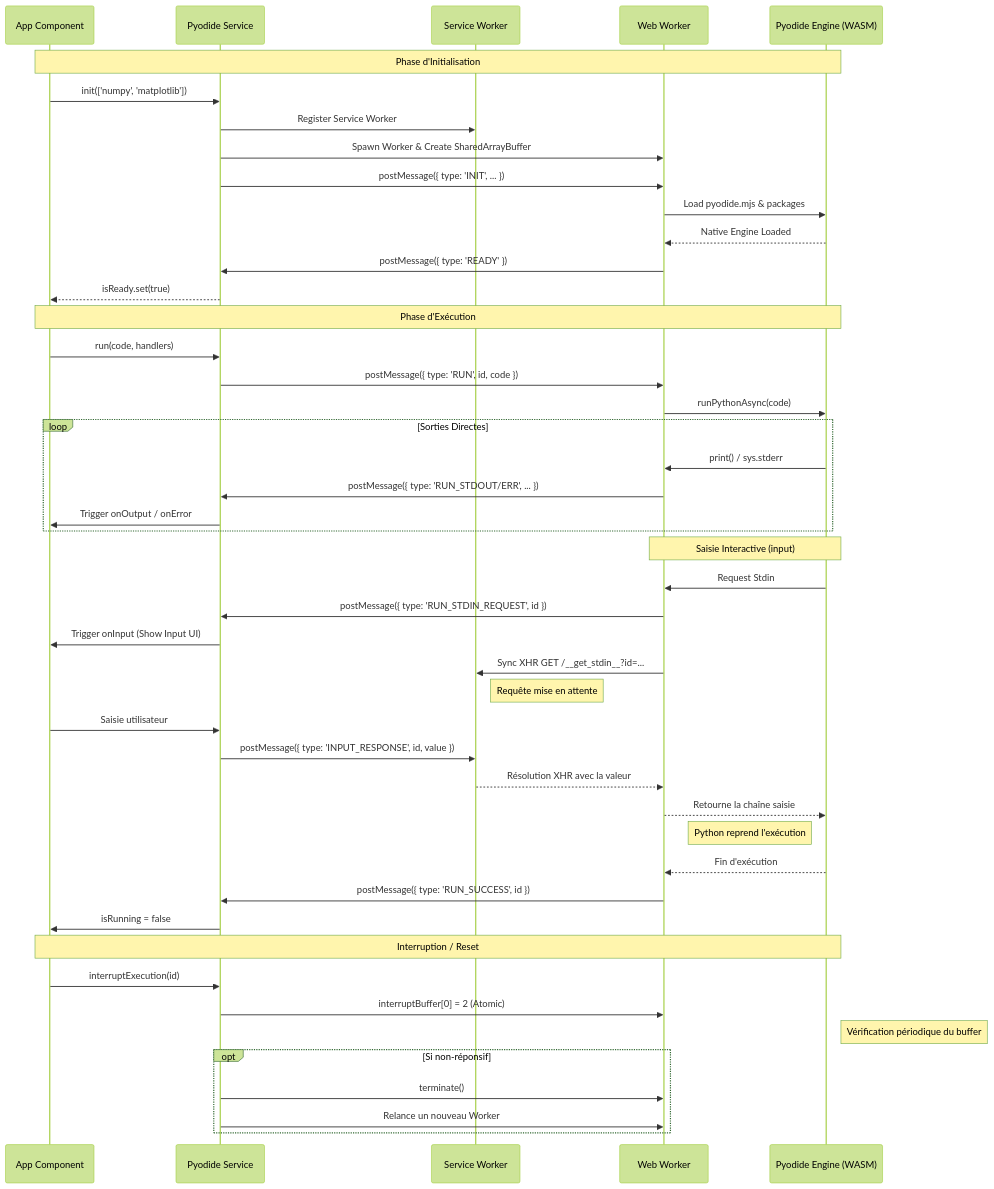
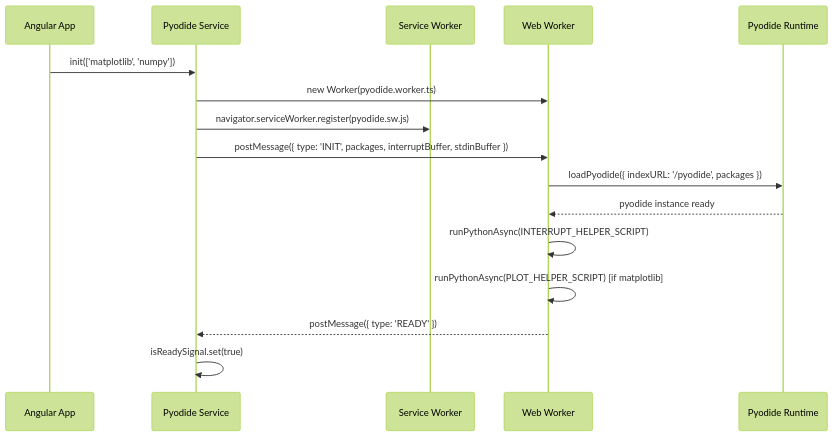
One commit to CodeClique-RobertDoisneau/frontend changed the second of 13 diagrams in src/app/shared/services/pyodide/README.md. Above: the diagram before and after it, drawn with Mermaid (forest theme). The commit also changed other lines of this file and 5 other files, not shown here.

````diff
--- a/src/app/shared/services/pyodide/README.md
+++ b/src/app/shared/services/pyodide/README.md
@@ -63,56 +53,19 @@
 ```mermaid
 sequenceDiagram
-    participant UI as App Component
-    participant SVC as Pyodide Service
+    participant App as Angular App
+    participant Svc as Pyodide Service
     participant SW as Service Worker
-    participant WK as Web Worker
-    participant PY as Pyodide Engine (WASM)
+    participant WW as Web Worker
+    participant Py as Pyodide Runtime
 
-    Note over UI, PY: Phase d'Initialisation
-    UI->>SVC: init(['numpy', 'matplotlib'])
-    SVC->>SW: Register Service Worker
-    SVC->>WK: Spawn Worker & Create SharedArrayBuffer
-    SVC->>WK: postMessage({ type: 'INIT', ... })
-    WK->>PY: Load pyodide.mjs & packages
-    PY-->>WK: Native Engine Loaded
-    WK->>SVC: postMessage({ type: 'READY' })
-    SVC-->>UI: isReady.set(true)
-
-    Note over UI, PY: Phase d'Exécution
-    UI->>SVC: run(code, handlers)
-    SVC->>WK: postMessage({ type: 'RUN', id, code })
-    WK->>PY: runPythonAsync(code)
-    
-    loop Sorties Directes
-        PY->>WK: print() / sys.stderr
-        WK->>SVC: postMessage({ type: 'RUN_STDOUT/ERR', ... })
-        SVC->>UI: Trigger onOutput / onError
-    end
-
-    Note over WK, PY: Saisie Interactive (input)
-    PY->>WK: Request Stdin
-    WK->>SVC: postMessage({ type: 'RUN_STDIN_REQUEST', id })
-    SVC->>UI: Trigger onInput (Show Input UI)
-    WK->>SW: Sync XHR GET /__get_stdin__?id=...
-    Note right of SW: Requête mise en attente
-    
-    UI->>SVC: Saisie utilisateur
-    SVC->>SW: postMessage({ type: 'INPUT_RESPONSE', id, value })
-    SW-->>WK: Résolution XHR avec la valeur
-    WK-->>PY: Retourne la chaîne saisie
-    Note left of PY: Python reprend l'exécution
-
-    PY-->>WK: Fin d'exécution
-    WK->>SVC: postMessage({ type: 'RUN_SUCCESS', id })
-    SVC->>UI: isRunning = false
-
-    Note over UI, PY: Interruption / Reset
-    UI->>SVC: interruptExecution(id)
-    SVC->>WK: interruptBuffer[0] = 2 (Atomic)
-    Note right of PY: Vérification périodique du buffer
-    
-    opt Si non-réponsif
-        SVC->>WK: terminate()
-        SVC->>WK: Relance un nouveau Worker
-    end
+    App->>Svc: init(['matplotlib', 'numpy'])
+    Svc->>WW: new Worker(pyodide.worker.ts)
+    Svc->>SW: navigator.serviceWorker.register(pyodide.sw.js)
+    Svc->>WW: postMessage({ type: 'INIT', packages, interruptBuffer, stdinBuffer })
+    WW->>Py: loadPyodide({ indexURL: '/pyodide', packages })
+    Py-->>WW: pyodide instance ready
+    WW->>WW: runPythonAsync(INTERRUPT_HELPER_SCRIPT)
+    WW->>WW: runPythonAsync(PLOT_HELPER_SCRIPT) [if matplotlib]
+    WW-->>Svc: postMessage({ type: 'READY' })
+    Svc->>Svc: isReadySignal.set(true)
 ```
````
